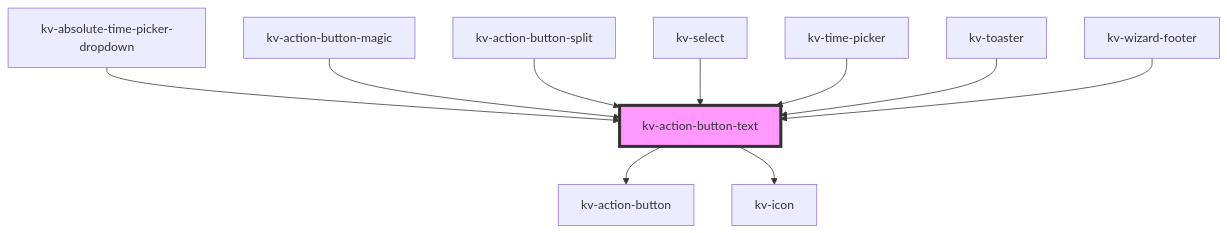
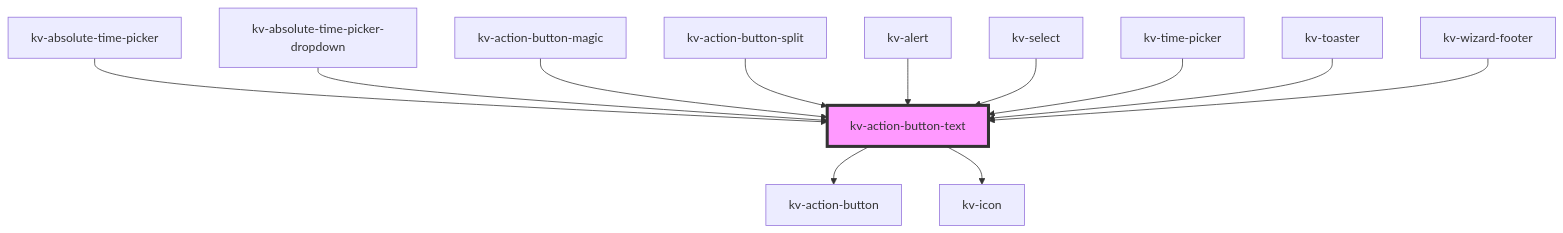
Before and after one commit to kelvininc/ui-components: the diagram in packages/ui-components/src/components/action-button-text/readme.md, drawn with Mermaid. The commit also changed other lines of this file and 56 other files, not shown here.

Commit message:
feat(time-picker): migrate time pickers to  design tokens

````diff
--- a/packages/ui-components/src/components/action-button-text/readme.md
+++ b/packages/ui-components/src/components/action-button-text/readme.md
@@ -86,13 +88,15 @@
 ```mermaid
 graph TD;
   kv-action-button-text --> kv-action-button
   kv-action-button-text --> kv-icon
+  kv-absolute-time-picker --> kv-action-button-text
   kv-absolute-time-picker-dropdown --> kv-action-button-text
   kv-action-button-magic --> kv-action-button-text
   kv-action-button-split --> kv-action-button-text
+  kv-alert --> kv-action-button-text
   kv-select --> kv-action-button-text
   kv-time-picker --> kv-action-button-text
   kv-toaster --> kv-action-button-text
   kv-wizard-footer --> kv-action-button-text
   style kv-action-button-text fill:#f9f,stroke:#333,stroke-width:4px
 ```
````
